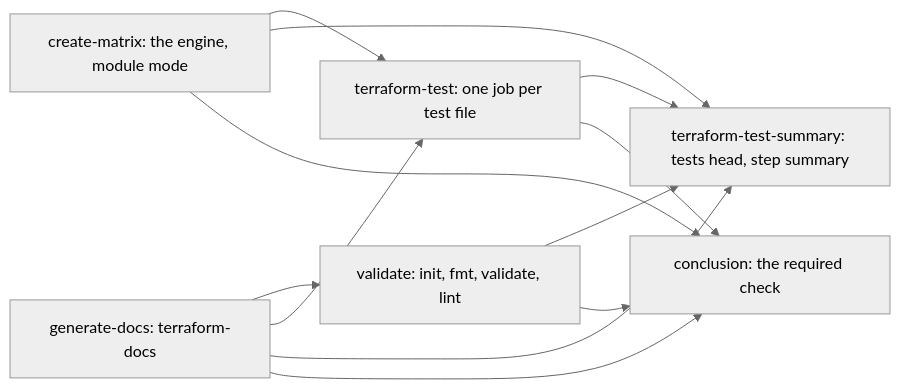
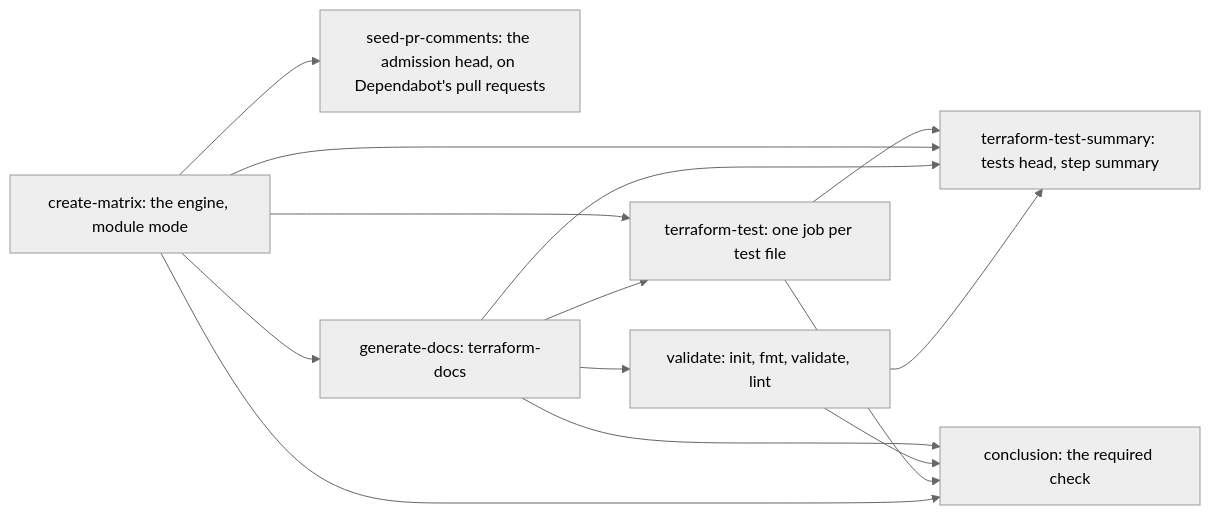
Before and after one commit to dsb-norge/github-actions-terraform: the diagram in docs/Module-ci.md, drawn with Mermaid (neutral theme). The commit also changed other lines of this file and 5 other files, not shown here.

First line of the commit message:
docs: the module admission head and Dependabot README commits

````diff
--- a/docs/Module-ci.md
+++ b/docs/Module-ci.md
@@ -85,14 +87,16 @@
 ```mermaid
 flowchart LR
     matrix["create-matrix: the engine, module mode"] --> tests["terraform-test: one job per test file"]
+    matrix --> seed["seed-pr-comments: the admission head, on Dependabot's pull requests"]
+    matrix --> docs
     docs["generate-docs: terraform-docs"] --> validate["validate: init, fmt, validate, lint"]
     docs --> tests
     tests --> summary["terraform-test-summary: tests head, step summary"]
     matrix --> summary
     docs --> summary
     validate --> summary
     docs --> conclusion["conclusion: the required check"]
     validate --> conclusion
     tests --> conclusion
     matrix --> conclusion
 ```
````
